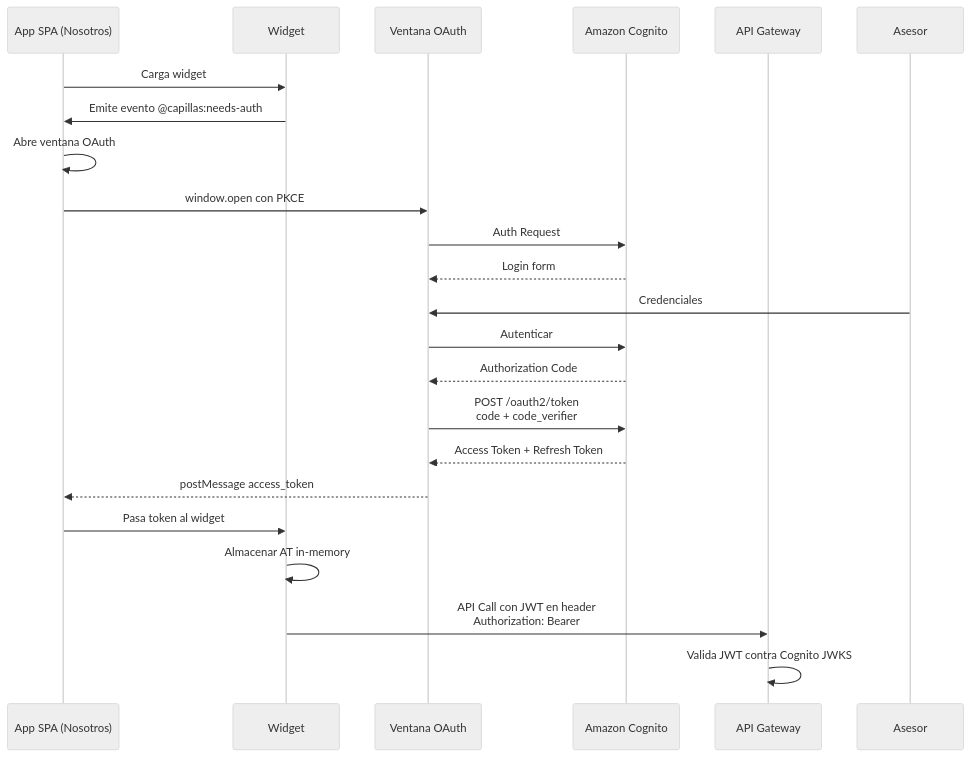
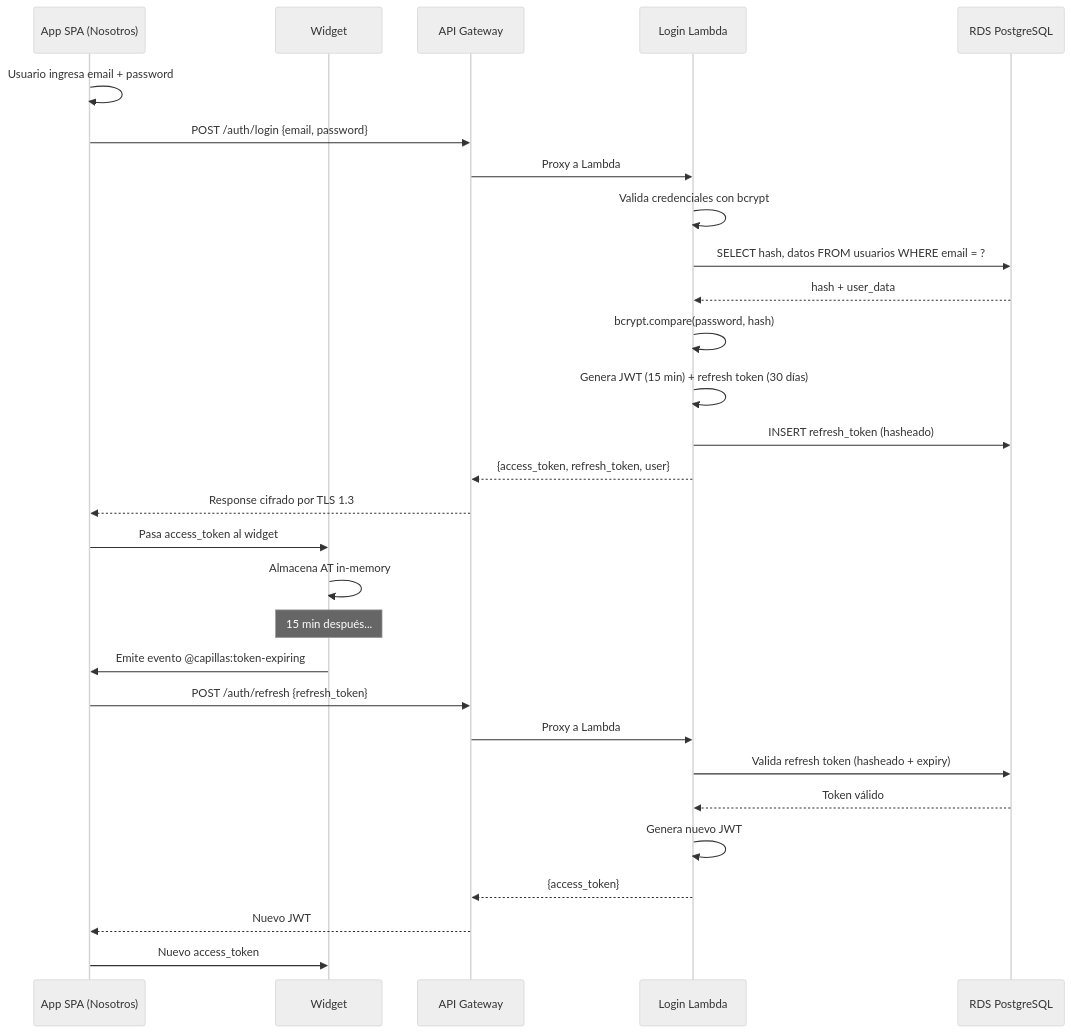
The fourth of 9 diagrams in docs/arquitectura/propuesta_tecnologica.md (johnruedal96/capillas), drawn with Mermaid (neutral theme) before and after one commit. The commit also changed other lines of this file, not shown here.

Commit message:
add lambda login

````diff
--- a/docs/arquitectura/propuesta_tecnologica.md
+++ b/docs/arquitectura/propuesta_tecnologica.md
@@ -205,25 +219,32 @@
 ```mermaid
 sequenceDiagram
     participant App as App SPA (Nosotros)
     participant Widget as Widget
-    participant Popup as Ventana OAuth
-    participant Cognito as Amazon Cognito
     participant GW as API Gateway
+    participant Lambda as Login Lambda
+    participant DB as RDS PostgreSQL
 
-    App->>Widget: Carga widget
-    Widget->>App: Emite evento @capillas:needs-auth
-    App->>App: Abre ventana OAuth
-    App->>Popup: window.open con PKCE
-    Popup->>Cognito: Auth Request
-    Cognito-->>Popup: Login form
-    Asesor->>Popup: Credenciales
-    Popup->>Cognito: Autenticar
-    Cognito-->>Popup: Authorization Code
-    Popup->>Cognito: POST /oauth2/token<br/>code + code_verifier
-    Cognito-->>Popup: Access Token + Refresh Token
-    Popup-->>App: postMessage access_token
-    App->>Widget: Pasa token al widget
-    Widget->>Widget: Almacenar AT in-memory
-    Widget->>GW: API Call con JWT en header<br/>Authorization: Bearer
-    GW->>GW: Valida JWT contra Cognito JWKS
+    App->>App: Usuario ingresa email + password
+    App->>GW: POST /auth/login {email, password}
+    GW->>Lambda: Proxy a Lambda
+    Lambda->>Lambda: Valida credenciales con bcrypt
+    Lambda->>DB: SELECT hash, datos FROM usuarios WHERE email = ?
+    DB-->>Lambda: hash + user_data
+    Lambda->>Lambda: bcrypt.compare(password, hash)
+    Lambda->>Lambda: Genera JWT (15 min) + refresh token (30 días)
+    Lambda->>DB: INSERT refresh_token (hasheado)
+    Lambda-->>GW: {access_token, refresh_token, user}
+    GW-->>App: Response cifrado por TLS 1.3
+    App->>Widget: Pasa access_token al widget
+    Widget->>Widget: Almacena AT in-memory
+    Note over Widget: 15 min después...
+    Widget->>App: Emite evento @capillas:token-expiring
+    App->>GW: POST /auth/refresh {refresh_token}
+    GW->>Lambda: Proxy a Lambda
+    Lambda->>DB: Valida refresh token (hasheado + expiry)
+    DB-->>Lambda: Token válido
+    Lambda->>Lambda: Genera nuevo JWT
+    Lambda-->>GW: {access_token}
+    GW-->>App: Nuevo JWT
+    App->>Widget: Nuevo access_token
 ```
````
